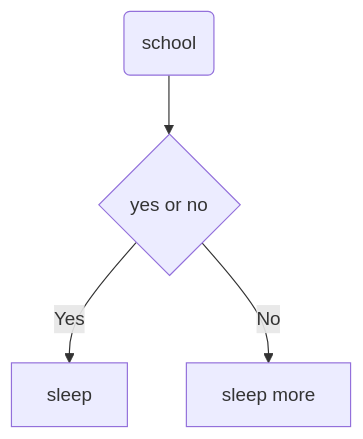
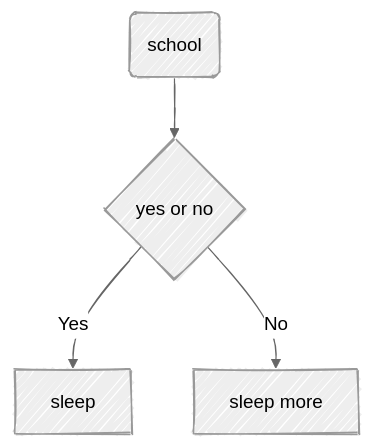
Before and after one commit to onnikiv/Hardware2: the diagram in README.md, drawn with Mermaid. The commit also changed 1 other file, not shown here.

Commit message:
tweaking

````diff
--- a/README.md
+++ b/README.md
@@ -3,6 +3,11 @@
 ```mermaid
+---
+config:
+  look: handDrawn
+  theme: neutral
+---
 flowchart TB
     A(school) --> B{yes or no}
     B -->|Yes| C[sleep]
     B -->|No| D[sleep more]
 ```
````
